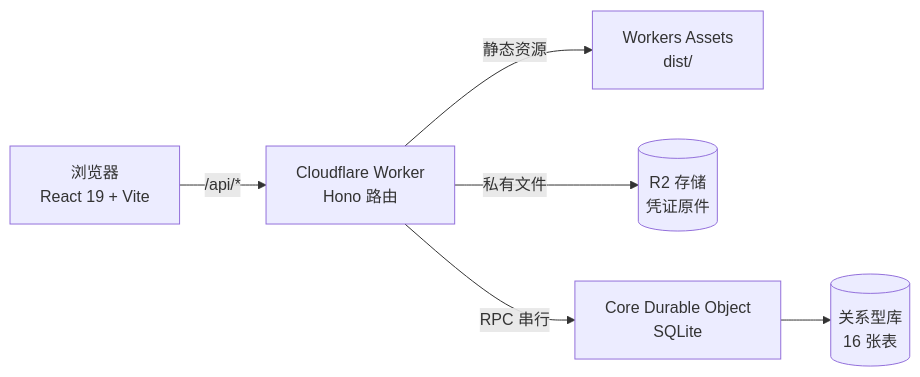
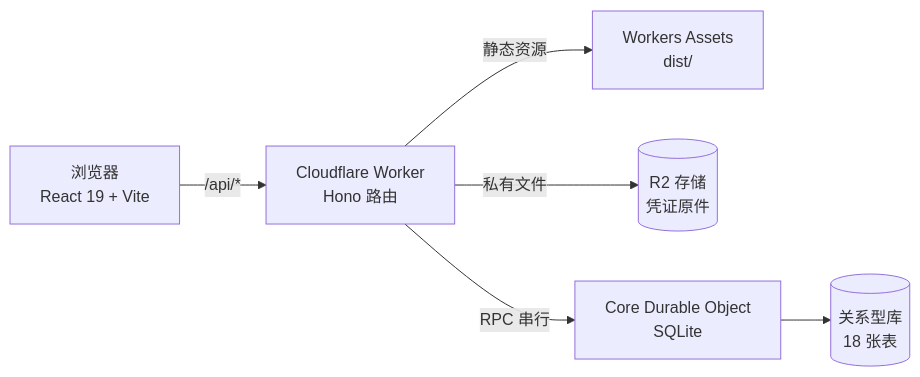
The diagram in README.zh-CN.md (iiiiiiiiiiiiiKK/bill-swipe), drawn with Mermaid before and after one commit. The commit also changed other lines of this file and 1 other file, not shown here.

````diff
--- a/README.zh-CN.md
+++ b/README.zh-CN.md
@@ -77,8 +118,8 @@
 ```mermaid
 flowchart LR
   U[浏览器<br/>React 19 + Vite] -->|/api/*| W[Cloudflare Worker<br/>Hono 路由]
   W -->|静态资源| A[Workers Assets<br/>dist/]
   W -->|私有文件| R[(R2 存储<br/>凭证原件)]
   W -->|RPC 串行| D[Core Durable Object<br/>SQLite]
-  D --> DB[(关系型库<br/>16 张表)]
+  D --> DB[(关系型库<br/>18 张表)]
 ```
````
